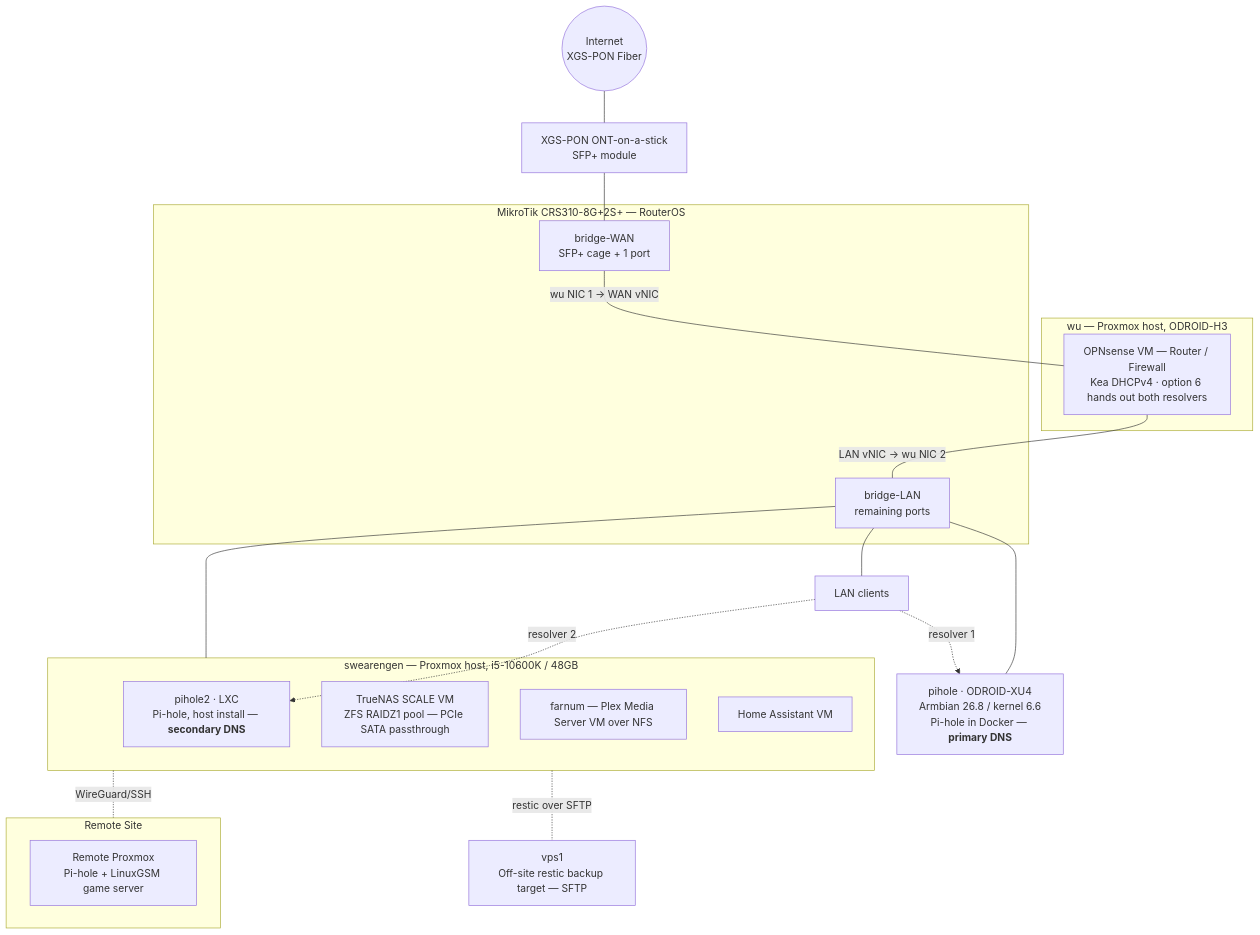
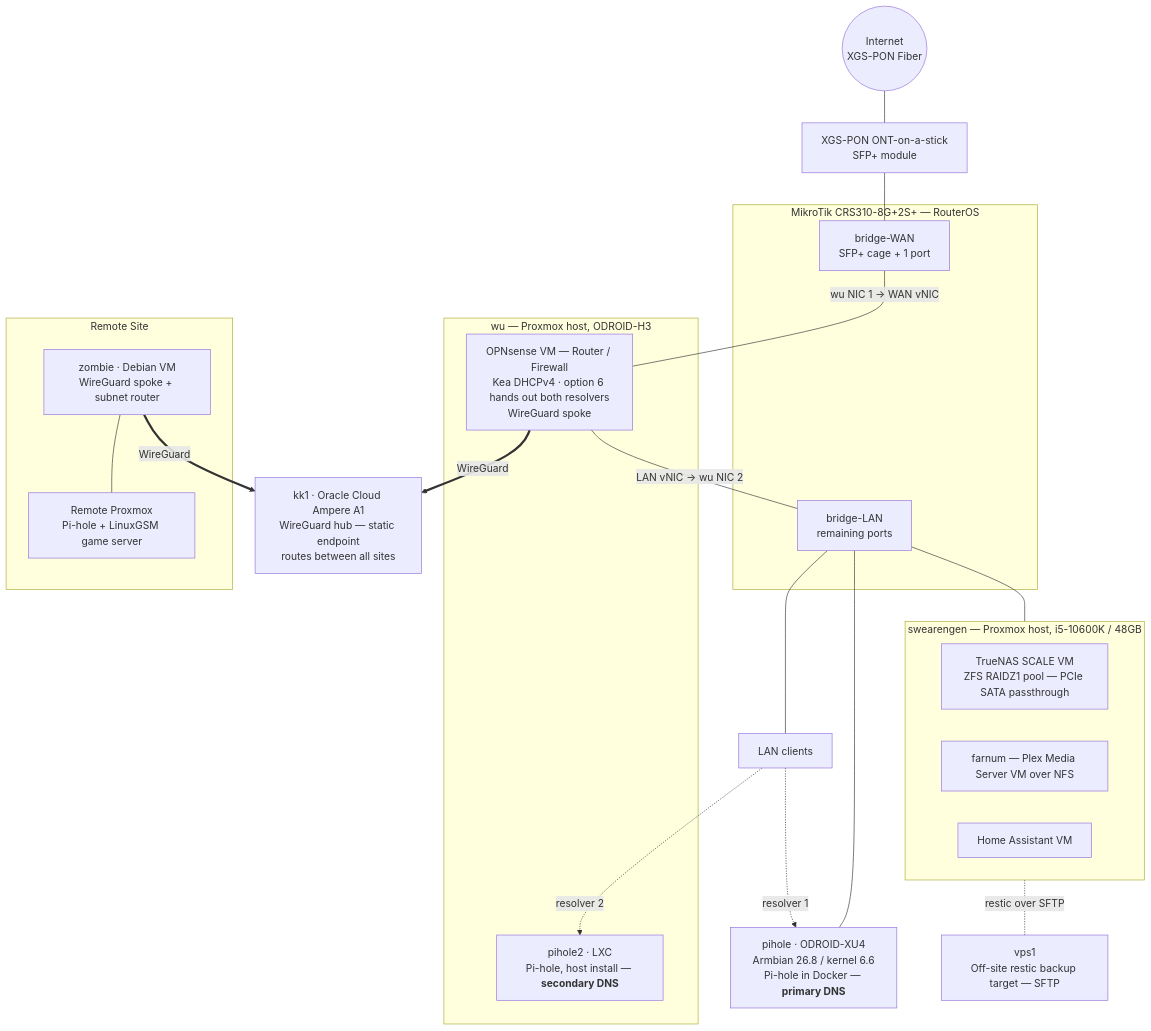
One commit to greenbeanorg/greenbeanorg changed the diagram in README.md. Above: the diagram before and after it, drawn with Mermaid.

Commit message:
Update topology: correct pihole2 host, add WireGuard overlay

````diff
--- a/README.md
+++ b/README.md
@@ -16,42 +16,47 @@
 ```mermaid
 flowchart TB
     INET((Internet<br/>XGS-PON Fiber))
     ONT[XGS-PON ONT-on-a-stick<br/>SFP+ module]
 
     subgraph SW [MikroTik CRS310-8G+2S+ — RouterOS]
         BW[bridge-WAN<br/>SFP+ cage + 1 port]
         BL[bridge-LAN<br/>remaining ports]
     end
 
     subgraph WU [wu — Proxmox host, ODROID-H3]
-        FW[OPNsense VM — Router / Firewall<br/>Kea DHCPv4 · option 6 hands out both resolvers]
+        FW[OPNsense VM — Router / Firewall<br/>Kea DHCPv4 · option 6 hands out both resolvers<br/>WireGuard spoke]
+        PH2[pihole2 · LXC<br/>Pi-hole, host install — <b>secondary DNS</b>]
     end
 
     PH1[pihole · ODROID-XU4<br/>Armbian 26.8 / kernel 6.6<br/>Pi-hole in Docker — <b>primary DNS</b>]
 
     subgraph SWG [swearengen — Proxmox host, i5-10600K / 48GB]
-        PH2[pihole2 · LXC<br/>Pi-hole, host install — <b>secondary DNS</b>]
         NAS[TrueNAS SCALE VM<br/>ZFS RAIDZ1 pool — PCIe SATA passthrough]
         FARN[farnum — Plex Media Server VM over NFS]
         HA[Home Assistant VM]
     end
 
     CLIENTS[LAN clients]
 
+    KK1[kk1 · Oracle Cloud Ampere A1<br/>WireGuard hub — static endpoint<br/>routes between all sites]
+
     subgraph REMOTE [Remote Site]
         RPX[Remote Proxmox<br/>Pi-hole + LinuxGSM game server]
+        ZOM[zombie · Debian VM<br/>WireGuard spoke + subnet router]
     end
 
     VPS[vps1<br/>Off-site restic backup target — SFTP]
 
     INET --- ONT --- BW
     BW ---|"wu NIC 1 → WAN vNIC"| FW
     FW ---|"LAN vNIC → wu NIC 2"| BL
     BL --- CLIENTS
     BL --- PH1
     BL --- SWG
     CLIENTS -. "resolver 1" .-> PH1
     CLIENTS -. "resolver 2" .-> PH2
-    SWG -. WireGuard/SSH .- REMOTE
+    FW == "WireGuard" ==> KK1
+    ZOM == "WireGuard" ==> KK1
+    ZOM --- RPX
     SWG -. restic over SFTP .- VPS
 ```
````
